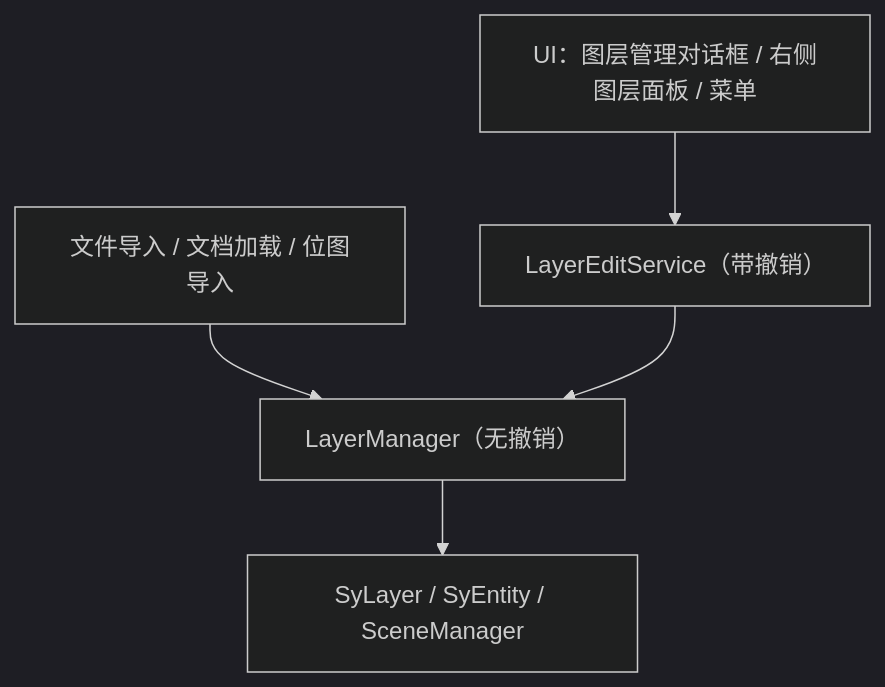
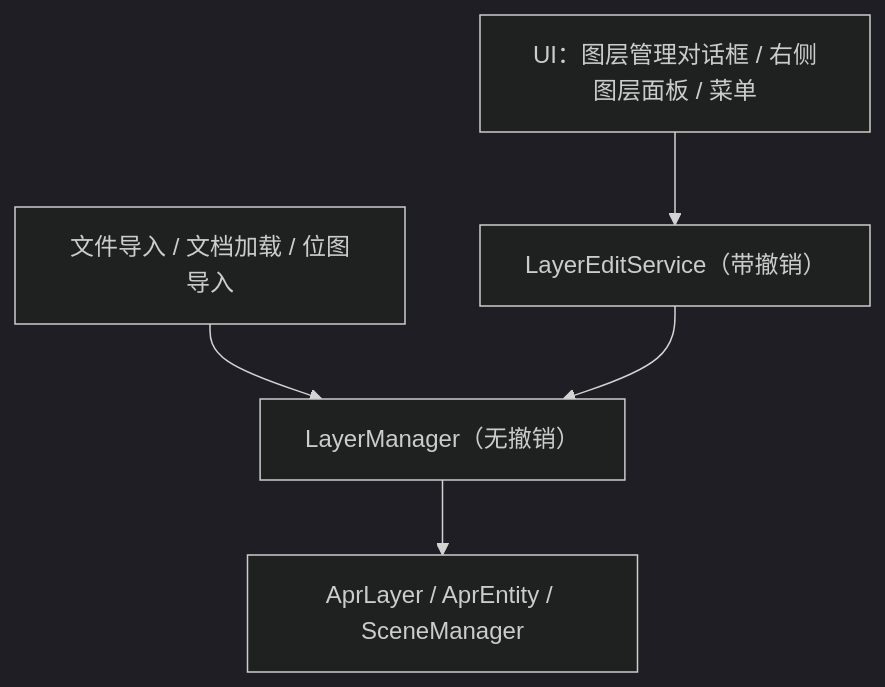
Before and after one commit to yulinxx/CAD: diagram 11 of 12 in Docs/01-当前架构/图层.md, drawn with Mermaid (dark theme). The commit also changed other lines of this file and 326 other files, not shown here.

````diff
--- a/Docs/01-当前架构/图层.md
+++ b/Docs/01-当前架构/图层.md
@@ -468,7 +468,7 @@
 ```mermaid
 graph TD
     UI["UI：图层管理对话框 / 右侧图层面板 / 菜单"] --> SVC["LayerEditService（带撤销）"]
     IR["文件导入 / 文档加载 / 位图导入"] --> LM["LayerManager（无撤销）"]
     SVC --> LM
-    LM --> CORE["SyLayer / SyEntity / SceneManager"]
+    LM --> CORE["AprLayer / AprEntity / SceneManager"]
 ```
````
